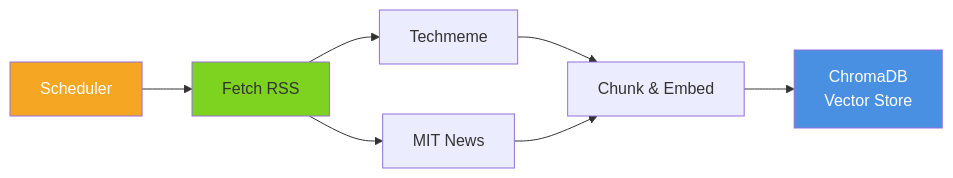
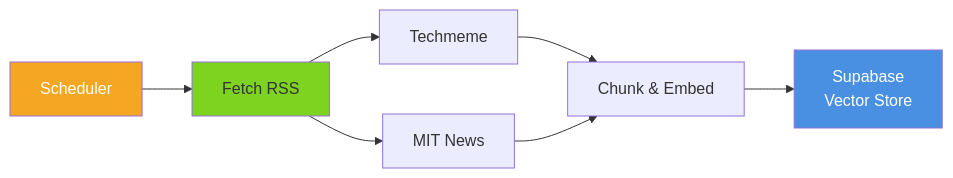
The first of 2 diagrams in README.md (kensuke0529/AI-News-Analyst), drawn with Mermaid before and after one commit. The commit also changed other lines of this file and 14 other files, not shown here.

````diff
--- a/README.md
+++ b/README.md
@@ -83,13 +83,13 @@
 ```mermaid
 graph LR
     A[Scheduler] --> B[Fetch RSS]
     B --> C[Techmeme]
     B --> D[MIT News]
     C --> E[Chunk & Embed]
     D --> E
-    E --> F[ChromaDB<br/>Vector Store]
+    E --> F[Supabase<br/>Vector Store]
     
     style A fill:#F5A623,color:#fff
     style B fill:#7ED321
     style F fill:#4A90E2,color:#fff
 ```
````
